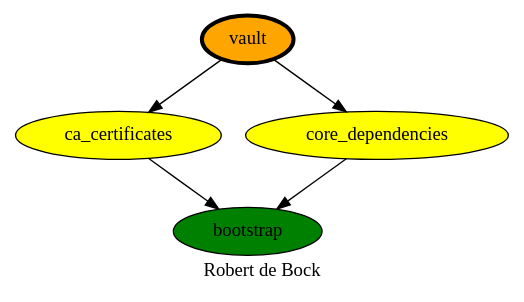
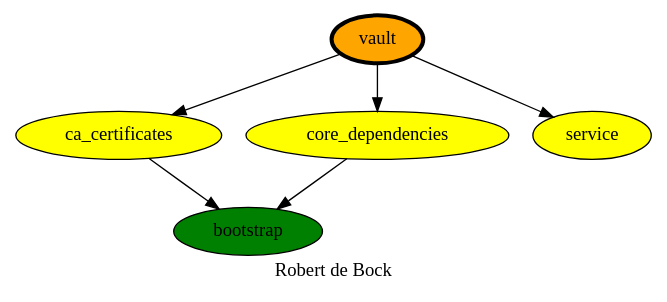
One commit to robertdebock/drawings changed the diagram in vault.dot. Above: the diagram before and after it, drawn with Graphviz. The commit also changed 1 other file, not shown here.

Commit message:
Add service as a dependency of vault.

```diff
--- a/vault.dot
+++ b/vault.dot
@@ -1,12 +1,13 @@
 digraph PhiloDilemma {
   label = "Robert de Bock" ;
   overlap=false
   {
     bootstrap [fillcolor=green style=filled]
     ca_certificates [fillcolor=yellow style=filled]
     core_dependencies [fillcolor=yellow style=filled]
+    service [fillcolor=yellow style=filled]
     vault [fillcolor=orange style=filled penwidth=3]
   }
-  vault -> {ca_certificates core_dependencies}
+  vault -> {ca_certificates core_dependencies service}
   {ca_certificates core_dependencies} -> bootstrap
 }
```
